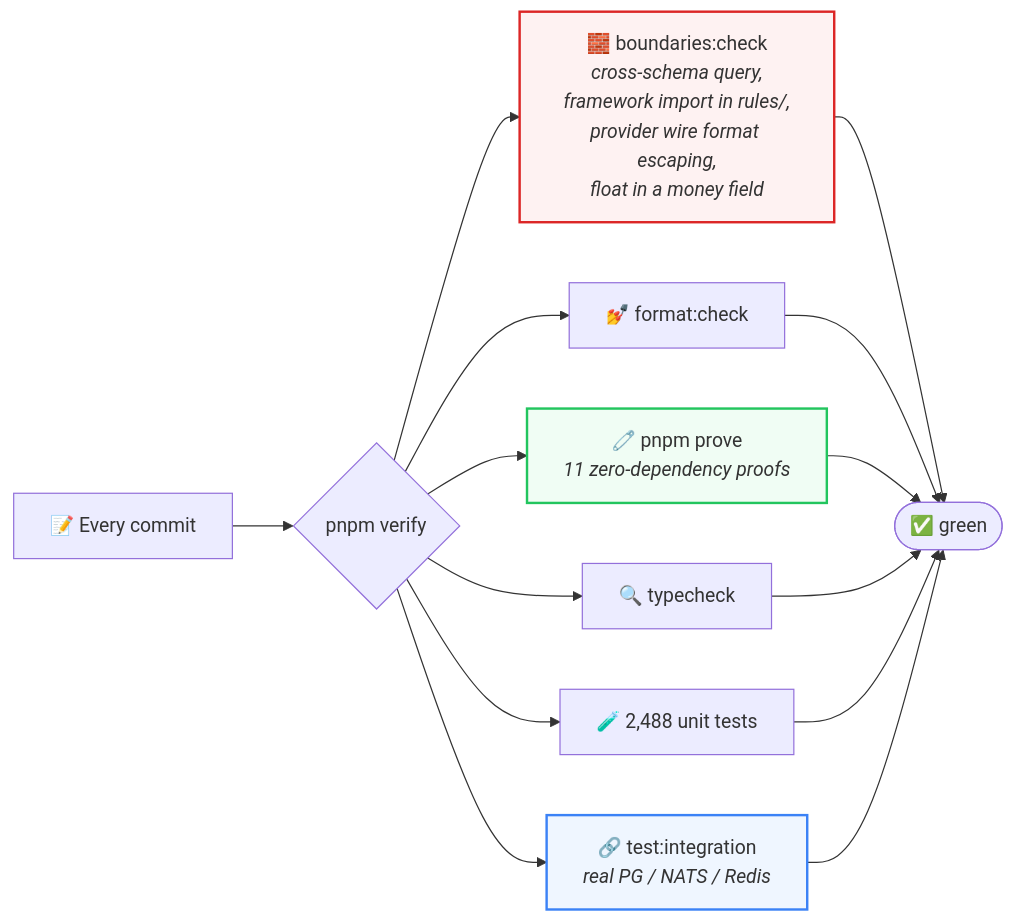
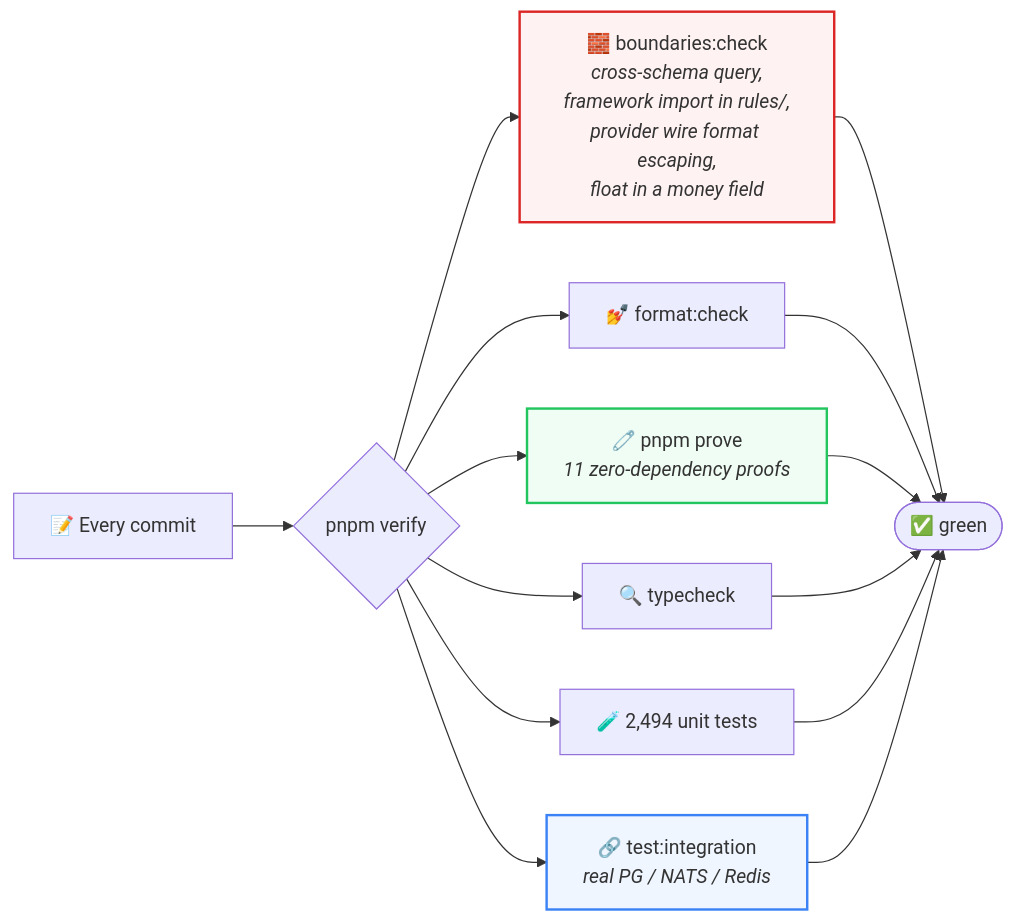
Before and after one commit to mahabubone/zipzap: the sixth of 6 diagrams in README.md, drawn with Mermaid. The commit also changed other lines of this file and 46 other files, not shown here.

````diff
--- a/README.md
+++ b/README.md
@@ -401,17 +401,17 @@
 ```mermaid
 flowchart LR
     C["📝 Every commit"] --> P{"pnpm verify"}
     P --> B["🧱 boundaries:check<br/><i>cross-schema query,<br/>framework import in rules/,<br/>provider wire format escaping,<br/>float in a money field</i>"]
     P --> F["💅 format:check"]
     P --> V["🧷 pnpm prove<br/><i>11 zero-dependency proofs</i>"]
     P --> T["🔍 typecheck"]
-    P --> U["🧪 2,488 unit tests"]
+    P --> U["🧪 2,494 unit tests"]
     P --> I["🔗 test:integration<br/><i>real PG / NATS / Redis</i>"]
 
     B --> G([✅ green])
     F --> G; V --> G; T --> G; U --> G; I --> G
 
     style B fill:#fef2f2,stroke:#dc2626,stroke-width:2px
     style V fill:#f0fdf4,stroke:#22c55e,stroke-width:2px
     style I fill:#eff6ff,stroke:#3b82f6,stroke-width:2px
 ```
````
